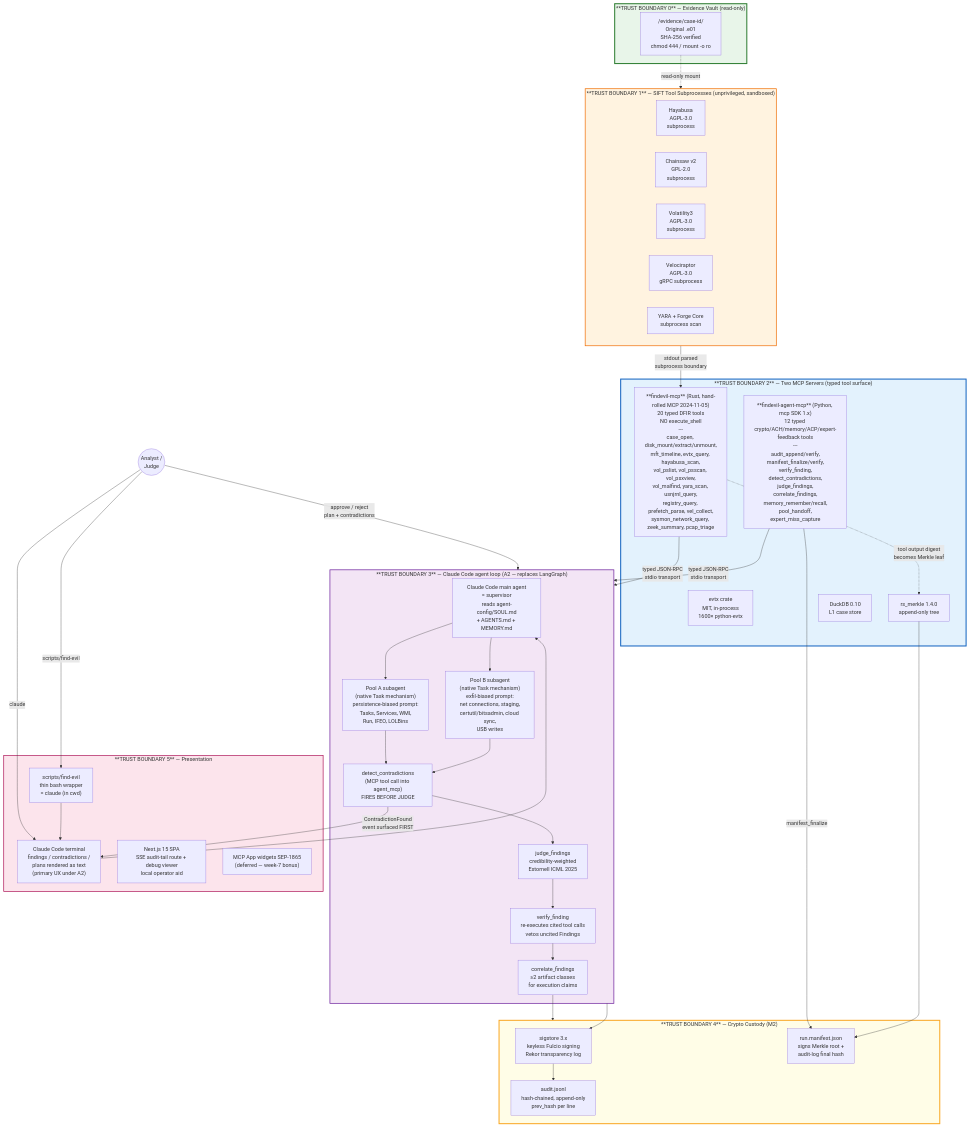
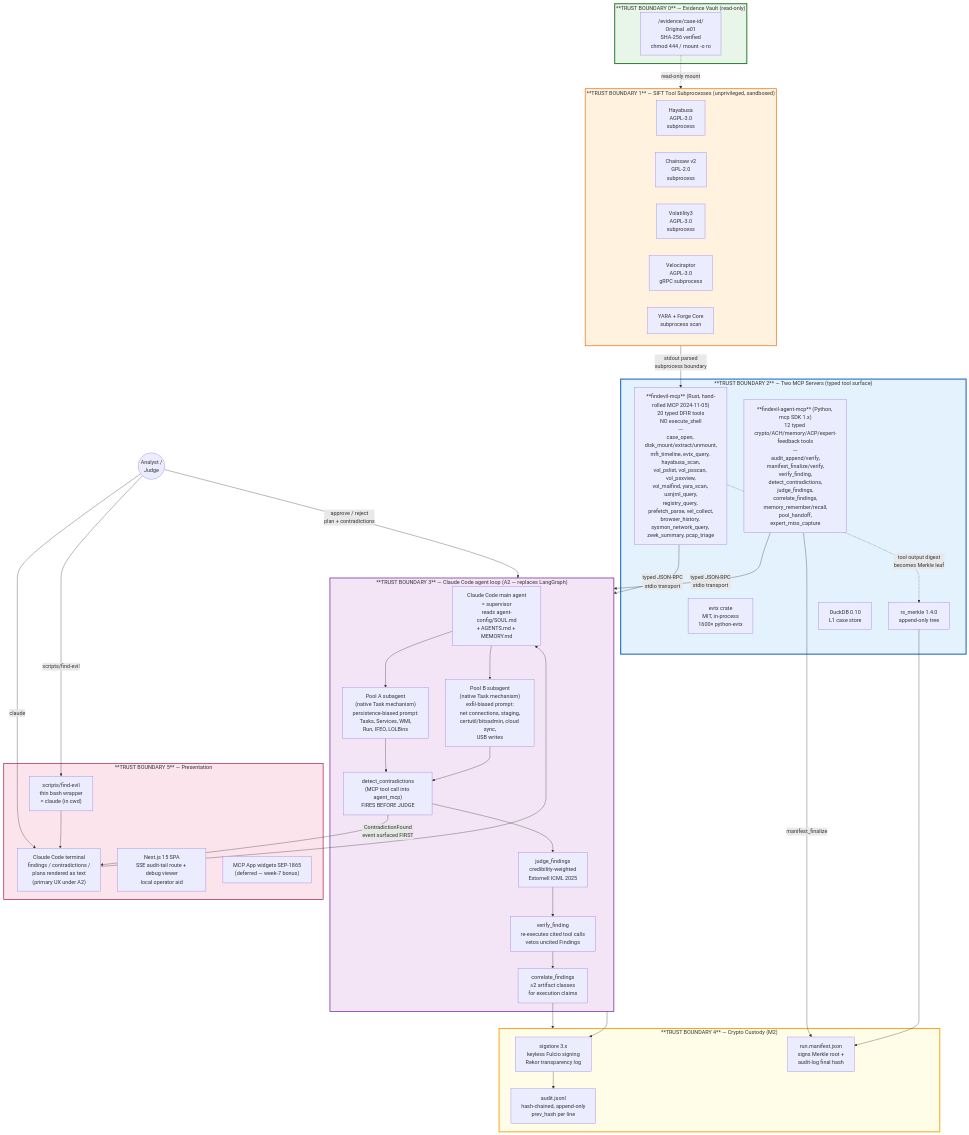
One commit to TimothyVang/sans-hackathon changed the first of 2 diagrams in docs/architecture.md. Above: the diagram before and after it, drawn with Mermaid. The commit also changed 6 other files, not shown here.

````diff
--- a/docs/architecture.md
+++ b/docs/architecture.md
@@ -44,81 +44,81 @@
 ```mermaid
 flowchart TB
     subgraph Trust0["**TRUST BOUNDARY 0** — Evidence Vault (read-only)"]
         Evidence["/evidence/case-id/<br/>Original .e01<br/>SHA-256 verified<br/>chmod 444 / mount -o ro"]
     end
 
     subgraph Trust1["**TRUST BOUNDARY 1** — SIFT Tool Subprocesses (unprivileged, sandboxed)"]
         Hayabusa[Hayabusa<br/>AGPL-3.0<br/>subprocess]
         Chainsaw[Chainsaw v2<br/>GPL-2.0<br/>subprocess]
         Volatility[Volatility3<br/>AGPL-3.0<br/>subprocess]
         Velociraptor[Velociraptor<br/>AGPL-3.0<br/>gRPC subprocess]
         YARA[YARA + Forge Core<br/>subprocess scan]
     end
 
     subgraph Trust2["**TRUST BOUNDARY 2** — Two MCP Servers (typed tool surface)"]
-        RustMcp["**findevil-mcp** (Rust, hand-rolled MCP 2024-11-05)<br/>20 typed DFIR tools<br/>NO execute_shell<br/>---<br/>case_open, disk_mount/extract/unmount,<br/>mft_timeline, evtx_query, hayabusa_scan,<br/>vol_pslist, vol_psscan, vol_psxview,<br/>vol_malfind, yara_scan, usnjrnl_query,<br/>registry_query, prefetch_parse, vel_collect,<br/>sysmon_network_query, zeek_summary, pcap_triage"]
+        RustMcp["**findevil-mcp** (Rust, hand-rolled MCP 2024-11-05)<br/>20 typed DFIR tools<br/>NO execute_shell<br/>---<br/>case_open, disk_mount/extract/unmount,<br/>mft_timeline, evtx_query, hayabusa_scan,<br/>vol_pslist, vol_psscan, vol_psxview,<br/>vol_malfind, yara_scan, usnjrnl_query,<br/>registry_query, prefetch_parse, vel_collect,<br/>browser_history, sysmon_network_query, zeek_summary, pcap_triage"]
         AgentMcp["**findevil-agent-mcp** (Python, mcp SDK 1.x)<br/>12 typed crypto/ACH/memory/ACP/expert-feedback tools<br/>---<br/>audit_append/verify,<br/>manifest_finalize/verify,<br/>verify_finding,<br/>detect_contradictions,<br/>judge_findings,<br/>correlate_findings,<br/>memory_remember/recall,<br/>pool_handoff,<br/>expert_miss_capture"]
         EvtxCrate["evtx crate<br/>MIT, in-process<br/>1600× python-evtx"]
         Merkle["rs_merkle 1.4.0<br/>append-only tree"]
         DuckDB["DuckDB 0.10<br/>L1 case store"]
     end
 
     subgraph Trust3["**TRUST BOUNDARY 3** — Claude Code agent loop (A2 — replaces LangGraph)"]
         Supervisor["Claude Code main agent<br/>= supervisor<br/>reads agent-config/SOUL.md<br/>+ AGENTS.md + MEMORY.md"]
         PoolA["Pool A subagent<br/>(native Task mechanism)<br/>persistence-biased prompt:<br/>Tasks, Services, WMI,<br/>Run, IFEO, LOLBins"]
         PoolB["Pool B subagent<br/>(native Task mechanism)<br/>exfil-biased prompt:<br/>net connections, staging,<br/>certutil/bitsadmin, cloud sync,<br/>USB writes"]
         Contradiction["detect_contradictions<br/>(MCP tool call into agent_mcp)<br/>FIRES BEFORE JUDGE"]
         Judge["judge_findings<br/>credibility-weighted<br/>Estornell ICML 2025"]
         Verifier["verify_finding<br/>re-executes cited tool calls<br/>vetos uncited Findings"]
         Correlator["correlate_findings<br/>≥2 artifact classes<br/>for execution claims"]
     end
 
     subgraph Trust4["**TRUST BOUNDARY 4** — Crypto Custody (M2)"]
         Sigstore["sigstore 3.x<br/>keyless Fulcio signing<br/>Rekor transparency log"]
         AuditJSONL["audit.jsonl<br/>hash-chained, append-only<br/>prev_hash per line"]
         Manifest["run.manifest.json<br/>signs Merkle root +<br/>audit-log final hash"]
     end
 
     subgraph Trust5["**TRUST BOUNDARY 5** — Presentation"]
         Terminal["Claude Code terminal<br/>findings / contradictions /<br/>plans rendered as text<br/>(primary UX under A2)"]
         FindEvilSh["scripts/find-evil<br/>thin bash wrapper<br/>= claude (in cwd)"]
         NextJS["Next.js 15 SPA<br/>SSE audit-tail route + debug viewer<br/>local operator aid"]
         MCPWidgets["MCP App widgets SEP-1865<br/>(deferred — week-7 bonus)"]
     end
 
     Human((Analyst /<br/>Judge)) -->|scripts/find-evil| FindEvilSh
     Human -->|claude| Terminal
 
     FindEvilSh --> Terminal
     Terminal --> Supervisor
 
     Evidence -.->|read-only mount| Trust1
     Trust1 -->|stdout parsed<br/>subprocess boundary| RustMcp
     RustMcp -->|typed JSON-RPC<br/>stdio transport| Trust3
     AgentMcp -->|typed JSON-RPC<br/>stdio transport| Trust3
 
     Supervisor --> PoolA
     Supervisor --> PoolB
     PoolA --> Contradiction
     PoolB --> Contradiction
     Contradiction -->|ContradictionFound<br/>event surfaced FIRST| Terminal
     Contradiction --> Judge
     Judge --> Verifier
     Verifier --> Correlator
     Correlator --> Trust4
 
     Trust3 --> Sigstore
     RustMcp -.->|tool output digest<br/>becomes Merkle leaf| Merkle
     AgentMcp -->|manifest_finalize| Manifest
     Merkle --> Manifest
     Sigstore --> AuditJSONL
 
     Human -->|approve / reject<br/>plan + contradictions| Trust3
 
     style Trust0 fill:#e8f5e9,stroke:#2e7d32,stroke-width:3px
     style Trust1 fill:#fff3e0,stroke:#ef6c00,stroke-width:2px
     style Trust2 fill:#e3f2fd,stroke:#1565c0,stroke-width:3px
     style Trust3 fill:#f3e5f5,stroke:#6a1b9a,stroke-width:2px
     style Trust4 fill:#fffde7,stroke:#f9a825,stroke-width:3px
     style Trust5 fill:#fce4ec,stroke:#ad1457,stroke-width:2px
 ```
````
